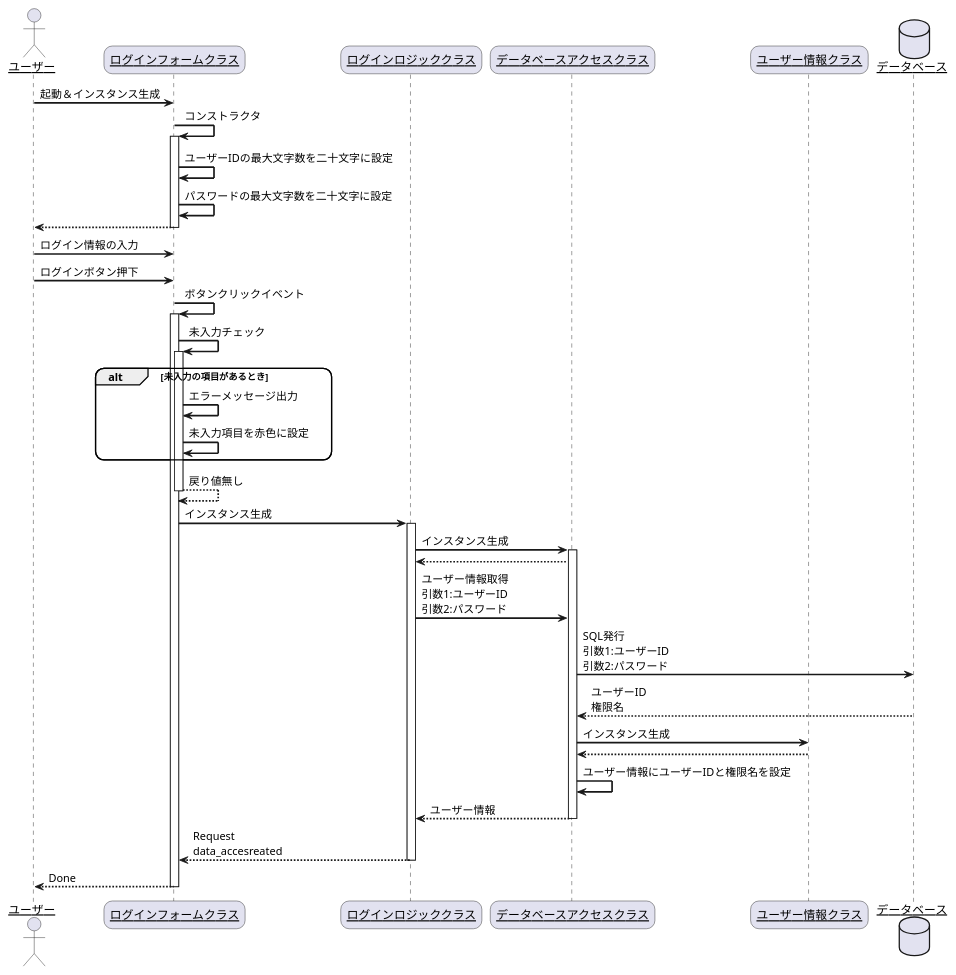
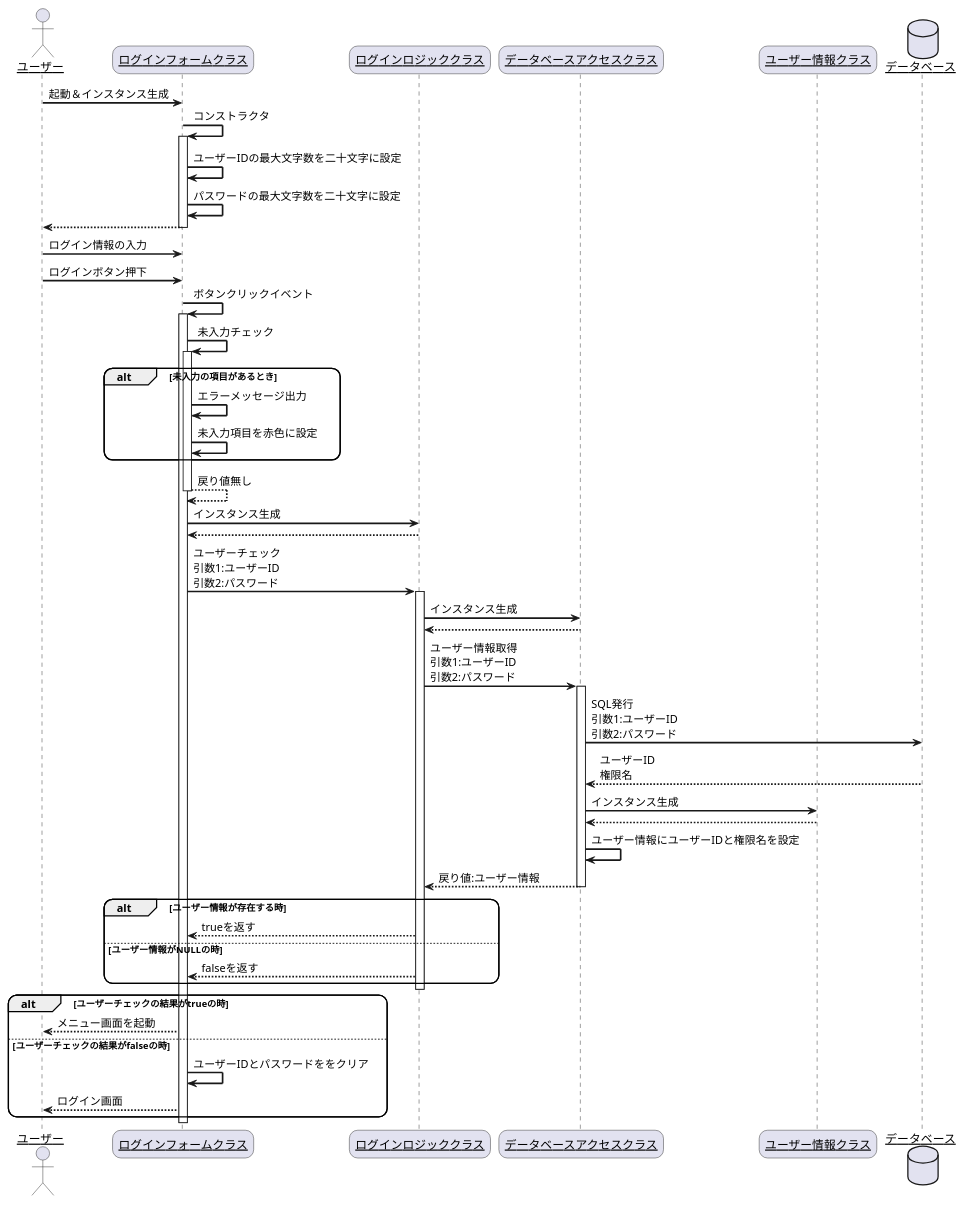
One commit to R-SAIKI/practiceUML changed the diagram in シーケンス図/ログイン.pu. Above: the diagram before and after it, drawn with PlantUML.

Commit message:
ログインのシーケンス図作成完了

```diff
--- a/シーケンス図/ログイン.pu
+++ b/シーケンス図/ログイン.pu
@@ -1,58 +1,67 @@
 @startuml
 skinparam sequenceArrowThickness 2
 skinparam roundcorner 20
 skinparam maxmessagesize 60
 skinparam sequenceParticipant underline
 
 actor "ユーザー" as user
 participant "ログインフォームクラス" as login_form
 participant "ログインロジッククラス" as login_logic
 participant "データベースアクセスクラス" as data_acces
 participant "ユーザー情報クラス" as user_info
 database "データベース" as db
 
 user -> login_form: 起動＆インスタンス生成
 login_form -> login_form: コンストラクタ
 activate login_form
 login_form -> login_form:ユーザーIDの最大文字数を二十文字に設定
 login_form -> login_form:パスワードの最大文字数を二十文字に設定
 
 login_form --> user:
 deactivate login_form
 user -> login_form: ログイン情報の入力
 user -> login_form: ログインボタン押下
 login_form -> login_form: ボタンクリックイベント
 activate login_form
 
 login_form -> login_form: 未入力チェック
 activate login_form
 alt 未入力の項目があるとき
     login_form -> login_form: エラーメッセージ出力
     login_form -> login_form: 未入力項目を赤色に設定
 end
 login_form --> login_form:戻り値無し
 deactivate login_form
 login_form -> login_logic: インスタンス生成
+login_logic --> login_form:
+login_form -> login_logic: ユーザーチェック 引数1:ユーザーID 引数2:パスワード
 activate login_logic
 
 login_logic -> data_acces: インスタンス生成
-activate data_acces
 data_acces --> login_logic:
 login_logic -> data_acces: ユーザー情報取得 引数1:ユーザーID 引数2:パスワード
+activate data_acces
 
 
 data_acces -> db: SQL発行 引数1:ユーザーID 引数2:パスワード
 db --> data_acces: ユーザーID 権限名
 data_acces -> user_info: インスタンス生成
 user_info --> data_acces:
 data_acces -> data_acces: ユーザー情報にユーザーIDと権限名を設定
-data_acces --> login_logic: ユーザー情報
+data_acces --> login_logic: 戻り値:ユーザー情報
 deactivate data_acces
-
-login_logic --> login_form: Request data_accesreated
+alt ユーザー情報が存在する時
+    login_logic --> login_form: trueを返す
+else ユーザー情報がNULLの時
+    login_logic --> login_form: falseを返す
+end
 deactivate login_logic
-
-login_form --> user: Done
+alt ユーザーチェックの結果がtrueの時
+    login_form --> user: メニュー画面を起動
+else ユーザーチェックの結果がfalseの時
+    login_form -> login_form: ユーザーIDとパスワードををクリア
+    login_form --> user: ログイン画面
+end
 deactivate login_form
 
 @enduml
```
